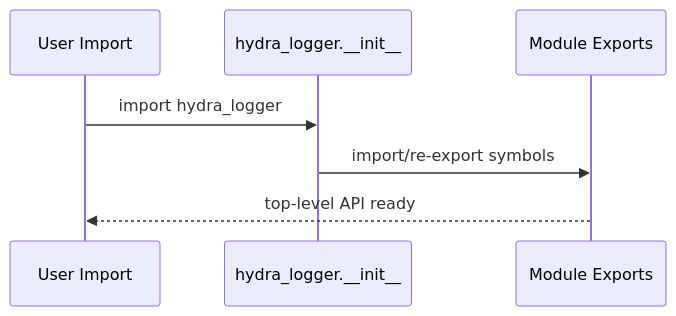
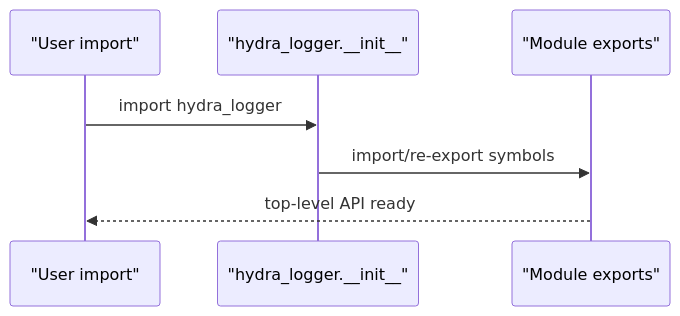
The diagram in docs/modules/root-package.md (SavinRazvan/hydra-logger), drawn with Mermaid before and after one commit. The commit also changed 101 other files, not shown here.

````diff
--- a/docs/modules/root-package.md
+++ b/docs/modules/root-package.md
@@ -31,10 +31,10 @@
 ```mermaid
 sequenceDiagram
-  participant U as User Import
-  participant P as hydra_logger.__init__
-  participant M as Module Exports
+  participant U as "User import"
+  participant P as "hydra_logger.__init__"
+  participant M as "Module exports"
 
   U->>P: import hydra_logger
   P->>M: import/re-export symbols
   M-->>U: top-level API ready
 ```
````
